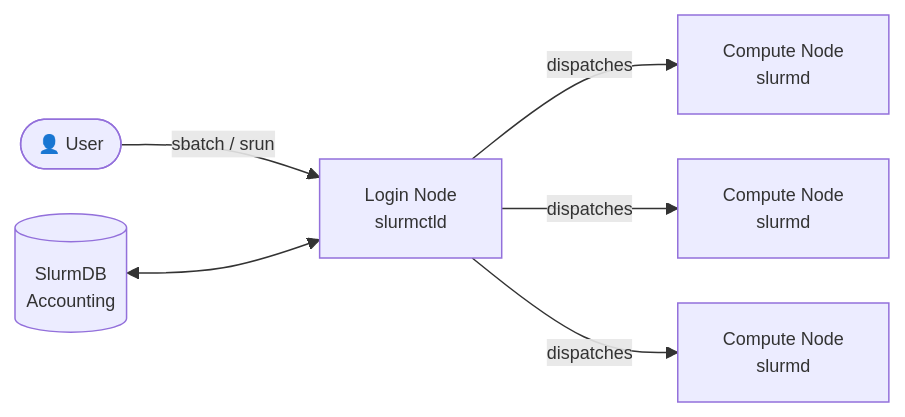
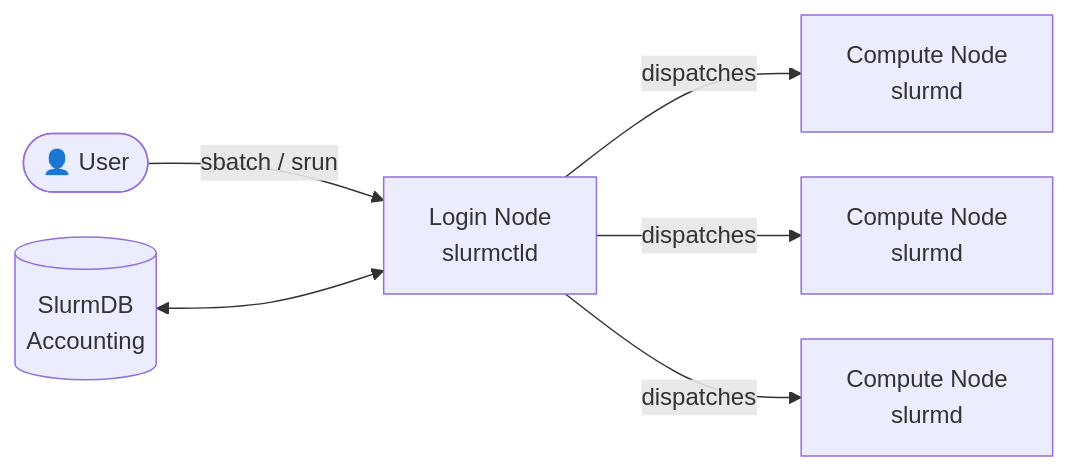
The diagram in slides/slurm-architecture.qmd (BerndDoser/EDUCADO_Slurm_Workshop), drawn with Mermaid before and after one commit. The commit also changed other lines of this file and 1 other file, not shown here.

Commit message:
Update font size in Slurm architecture diagram and adjust Heterogeneous Jobs section formatting

````diff
--- a/slides/slurm-architecture.qmd
+++ b/slides/slurm-architecture.qmd
@@ -3,10 +3,10 @@
 ```{mermaid}
 %%| fig-align: center
-%%{ init: { "themeVariables": { "fontSize": "12px" }, "flowchart": { "nodeSpacing": 30, "rankSpacing": 60 } } }%%
+%%{ init: { "themeVariables": { "fontSize": "16px" }, "flowchart": { "nodeSpacing": 30, "rankSpacing": 60 } } }%%
 flowchart LR
     U(["👤 User"]) -- sbatch / srun --> LC["Login Node<br/>slurmctld"]
     LC -- dispatches --> N1["Compute Node<br/>slurmd"]
     LC -- dispatches --> N2["Compute Node<br/>slurmd"]
     LC -- dispatches --> N3["Compute Node<br/>slurmd"]
     DB[("SlurmDB<br/>Accounting")] <--> LC
 ```
````
